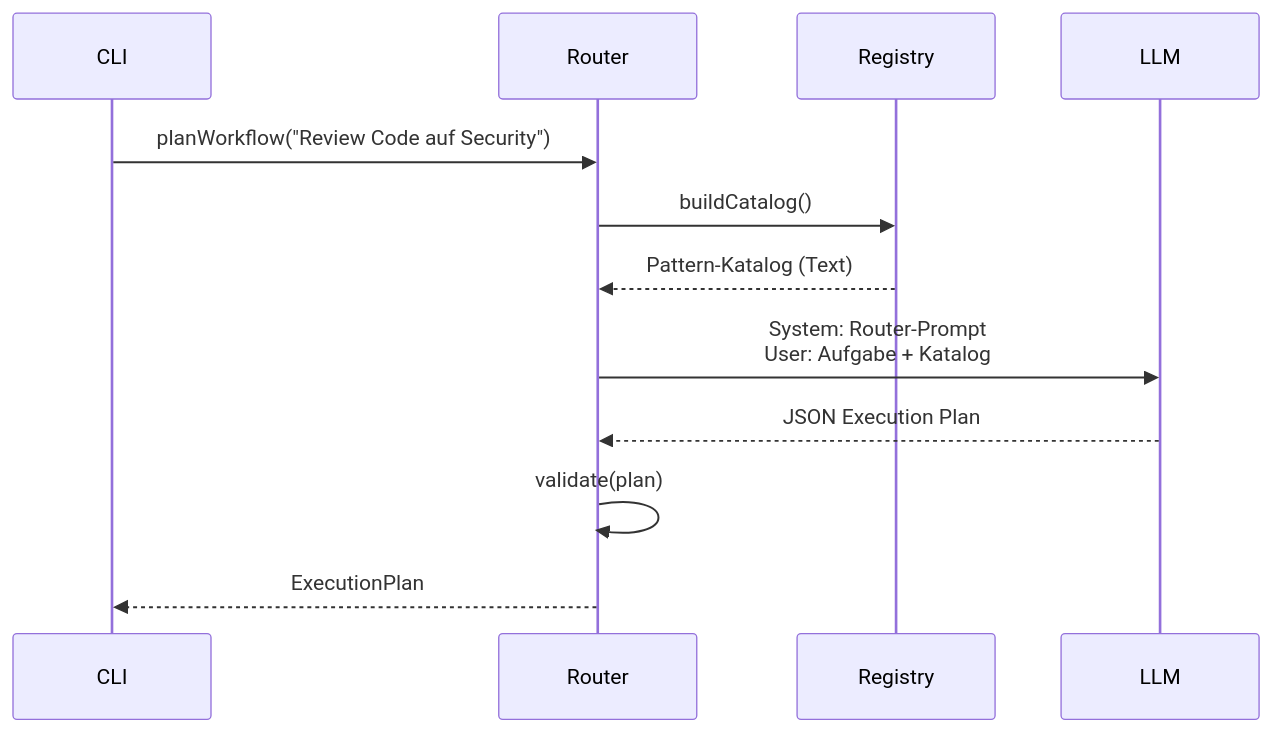
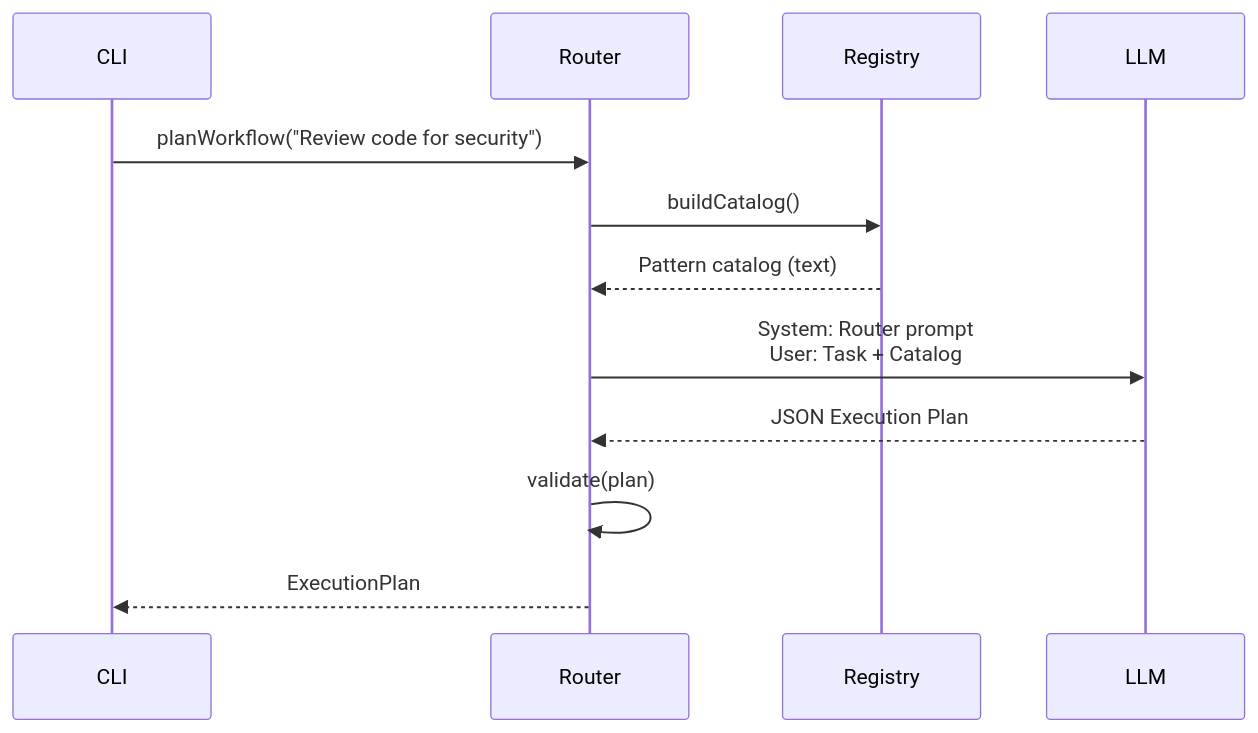
Before and after one commit to trosinde/AIOS: the third of 5 diagrams in docs/ARCHITECTURE.md, drawn with Mermaid. The commit also changed other lines of this file and 14 other files, not shown here.

````diff
--- a/docs/ARCHITECTURE.md
+++ b/docs/ARCHITECTURE.md
@@ -127,15 +133,15 @@
 ```mermaid
 sequenceDiagram
     participant CLI
     participant Router
     participant Registry
     participant LLM
 
-    CLI->>Router: planWorkflow("Review Code auf Security")
+    CLI->>Router: planWorkflow("Review code for security")
     Router->>Registry: buildCatalog()
-    Registry-->>Router: Pattern-Katalog (Text)
-    Router->>LLM: System: Router-Prompt<br/>User: Aufgabe + Katalog
+    Registry-->>Router: Pattern catalog (text)
+    Router->>LLM: System: Router prompt<br/>User: Task + Catalog
     LLM-->>Router: JSON Execution Plan
     Router->>Router: validate(plan)
     Router-->>CLI: ExecutionPlan
 ```
````
